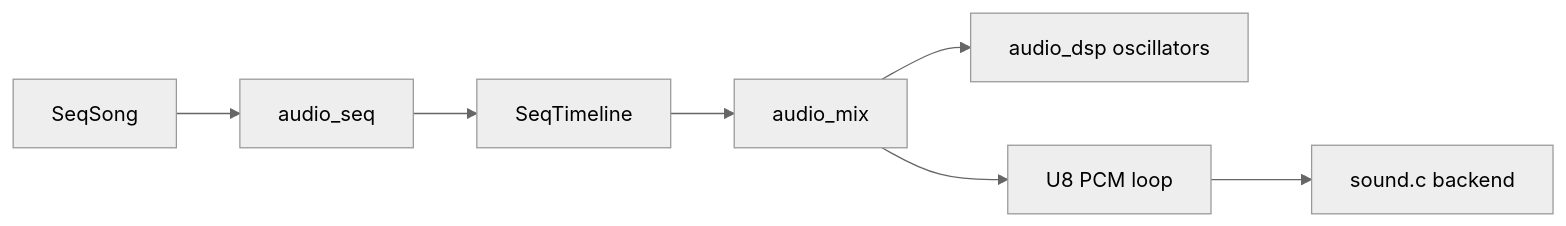
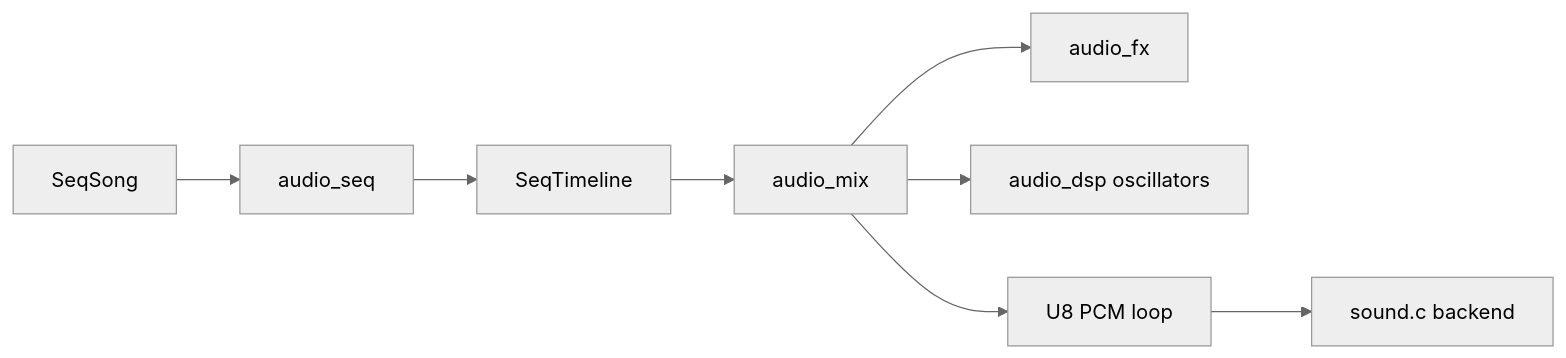
Before and after one commit to chussenot/memdeck: the first of 3 diagrams in docs/audio-architecture.md, drawn with Mermaid (neutral theme). The commit also changed other lines of this file and 13 other files, not shown here.

First line of the commit message:
feat(audio): add deterministic FX bus layer and integrate sequencer path

````diff
--- a/docs/audio-architecture.md
+++ b/docs/audio-architecture.md
@@ -17,9 +18,10 @@
 ```mermaid
 flowchart LR
     Song[SeqSong] --> Sequencer[audio_seq]
     Sequencer --> Timeline[SeqTimeline]
     Timeline --> Mixer[audio_mix]
+    Mixer --> FX[audio_fx]
     Mixer --> DSP[audio_dsp oscillators]
     Mixer --> PCM[U8 PCM loop]
     PCM --> Backend[sound.c backend]
 ```
````
